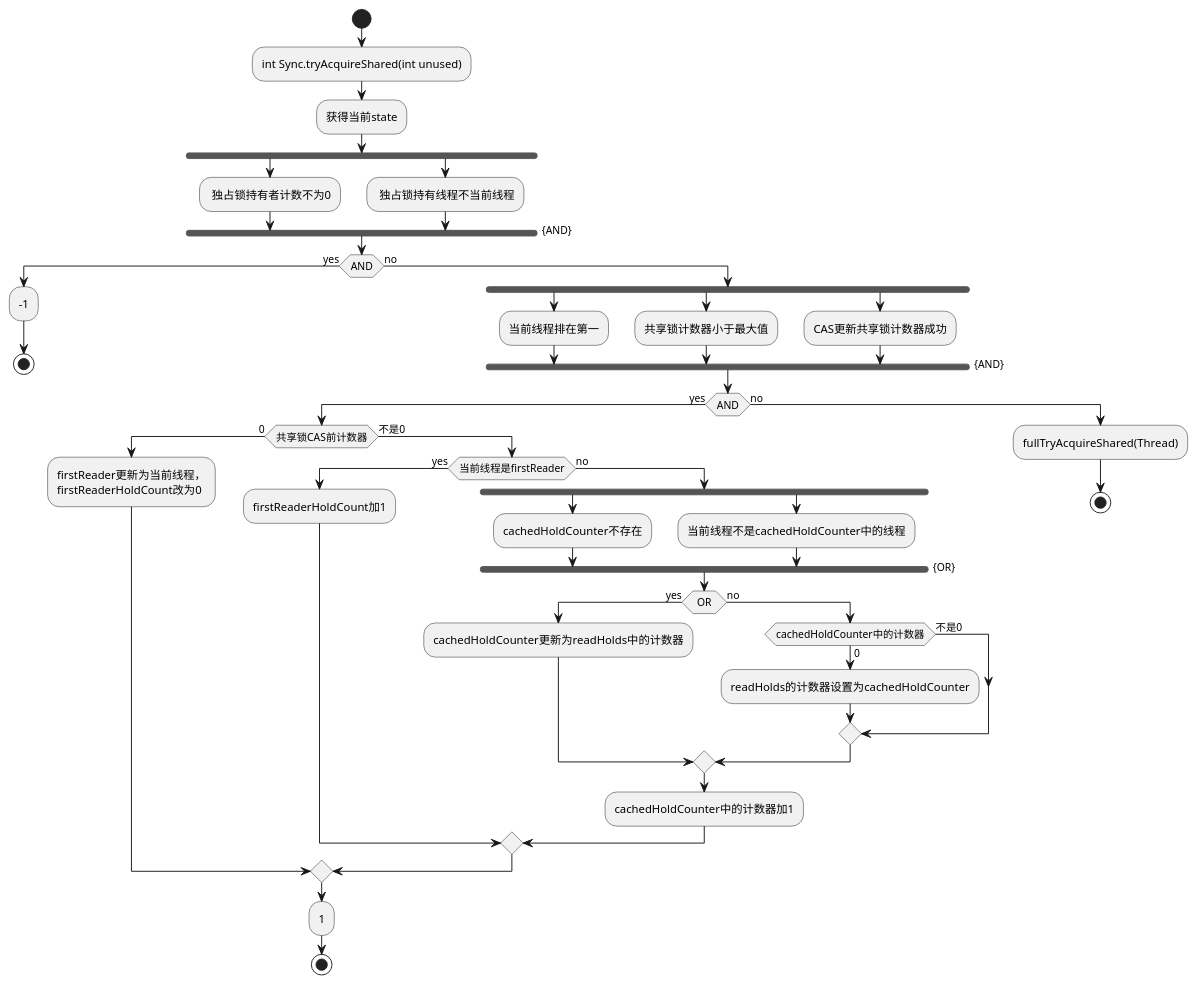
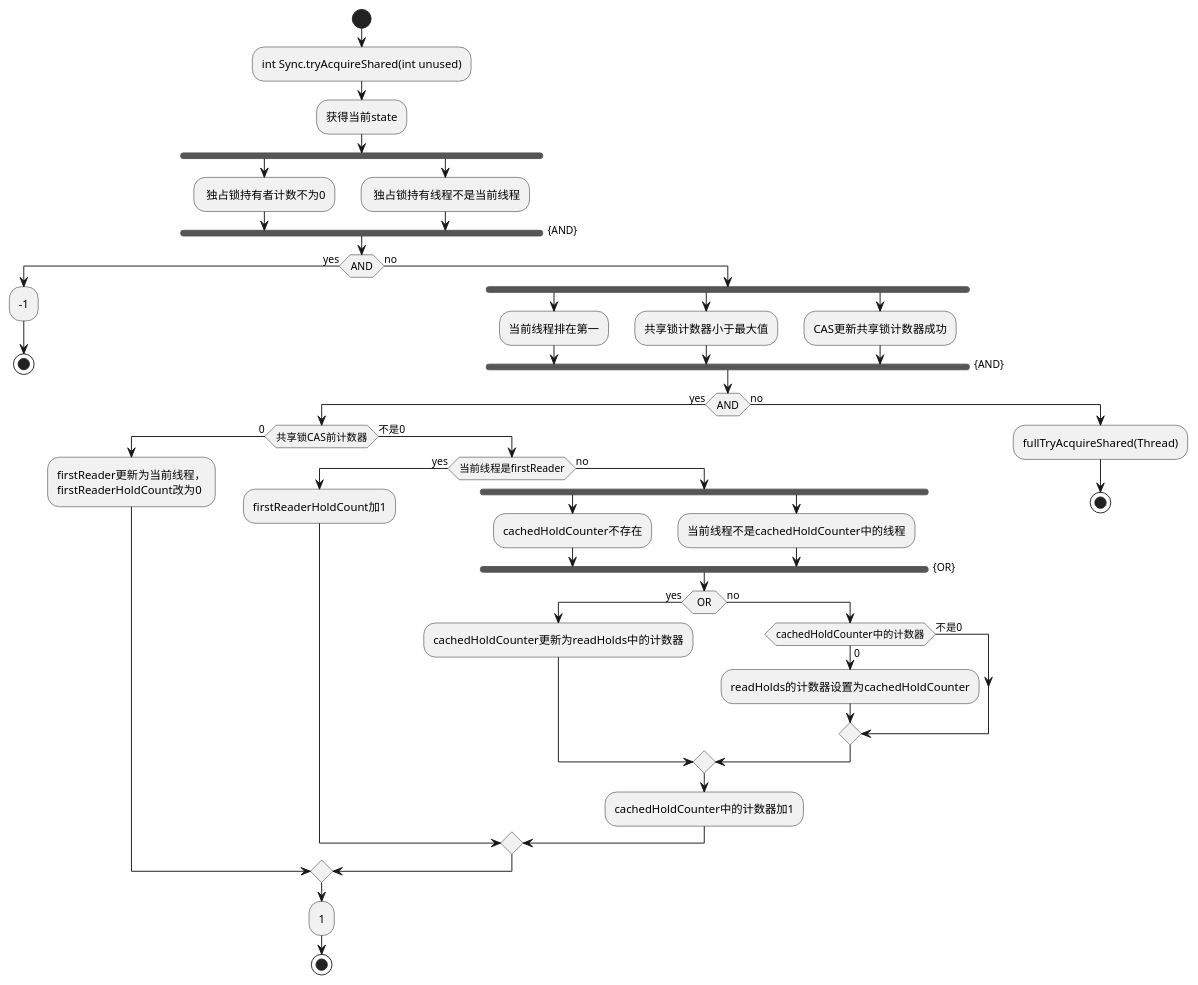
One commit to micheldauros/SpringWebTest changed the diagram in Miscellaneous/src/main/resources/Sync.tryAcquireShared.puml. Above: the diagram before and after it, drawn with PlantUML. The commit also changed 10 other files, not shown here.

```diff
--- a/Miscellaneous/src/main/resources/Sync.tryAcquireShared.puml
+++ b/Miscellaneous/src/main/resources/Sync.tryAcquireShared.puml
@@ -1,59 +1,59 @@
 @startuml tryAcquireShared
 'https://plantuml.com/activity-diagram-beta
 
 start
 :int Sync.tryAcquireShared(int unused);
 :获得当前state;
 fork
 
     : 独占锁持有者计数不为0;
 fork again
-    : 独占锁持有线程不当前线程;
+    : 独占锁持有线程不是当前线程;
 end fork{AND}
 if(AND)then(yes)
     :-1;
 stop
 else(no)
     fork
         :当前线程排在第一;
     fork again
         :共享锁计数器小于最大值;
     fork again
         :CAS更新共享锁计数器成功;
     end fork{AND}
     if(AND)then(yes)
     if(共享锁CAS前计数器)equals(0)then
         :firstReader更新为当前线程，
         firstReaderHoldCount改为0;
     else(不是0)
         if(当前线程是firstReader)then(yes)
             :firstReaderHoldCount加1;
         else(no)
         fork
             :cachedHoldCounter不存在;
         fork again
             :当前线程不是cachedHoldCounter中的线程;
         end fork{OR}
             if(OR)then(yes)
                 :cachedHoldCounter更新为readHolds中的计数器;
             else(no)
                 if(cachedHoldCounter中的计数器)equals(0)then
                     :readHolds的计数器设置为cachedHoldCounter;
                 else(不是0)
                 endif
             endif
             :cachedHoldCounter中的计数器加1;
         endif
     endif
     :1;
     stop
     else(no)
         :fullTryAcquireShared(Thread);
     stop
 endif
 
 
 
 
 
 @enduml
```
